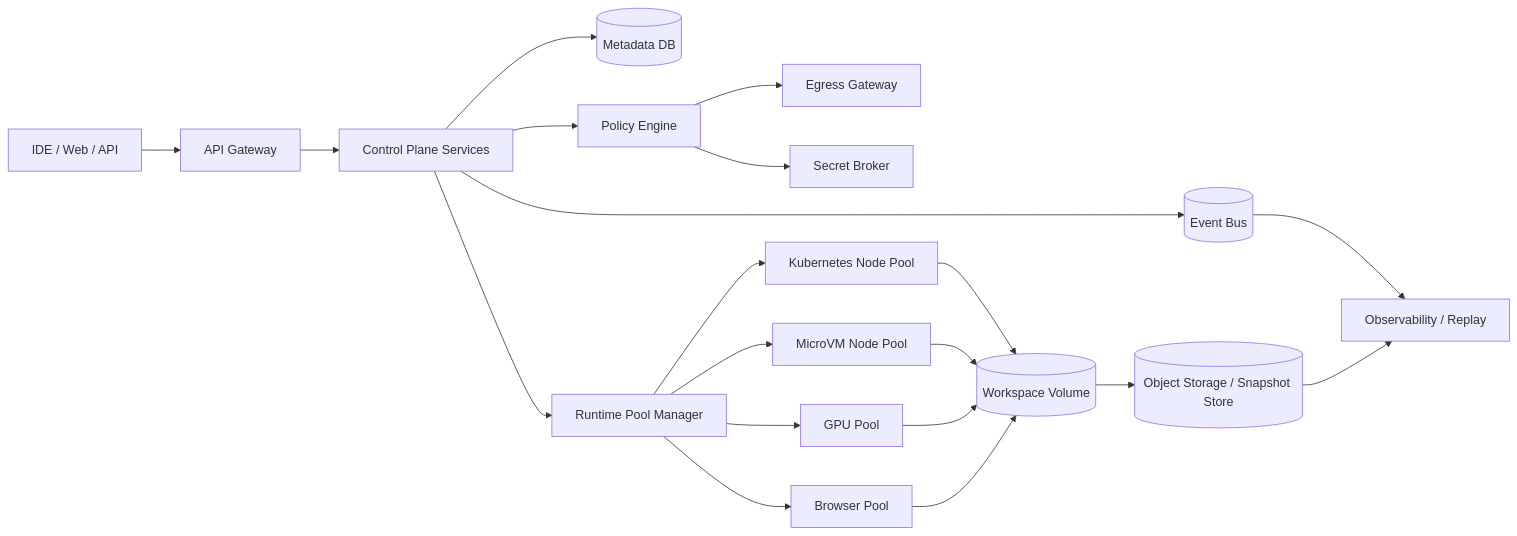
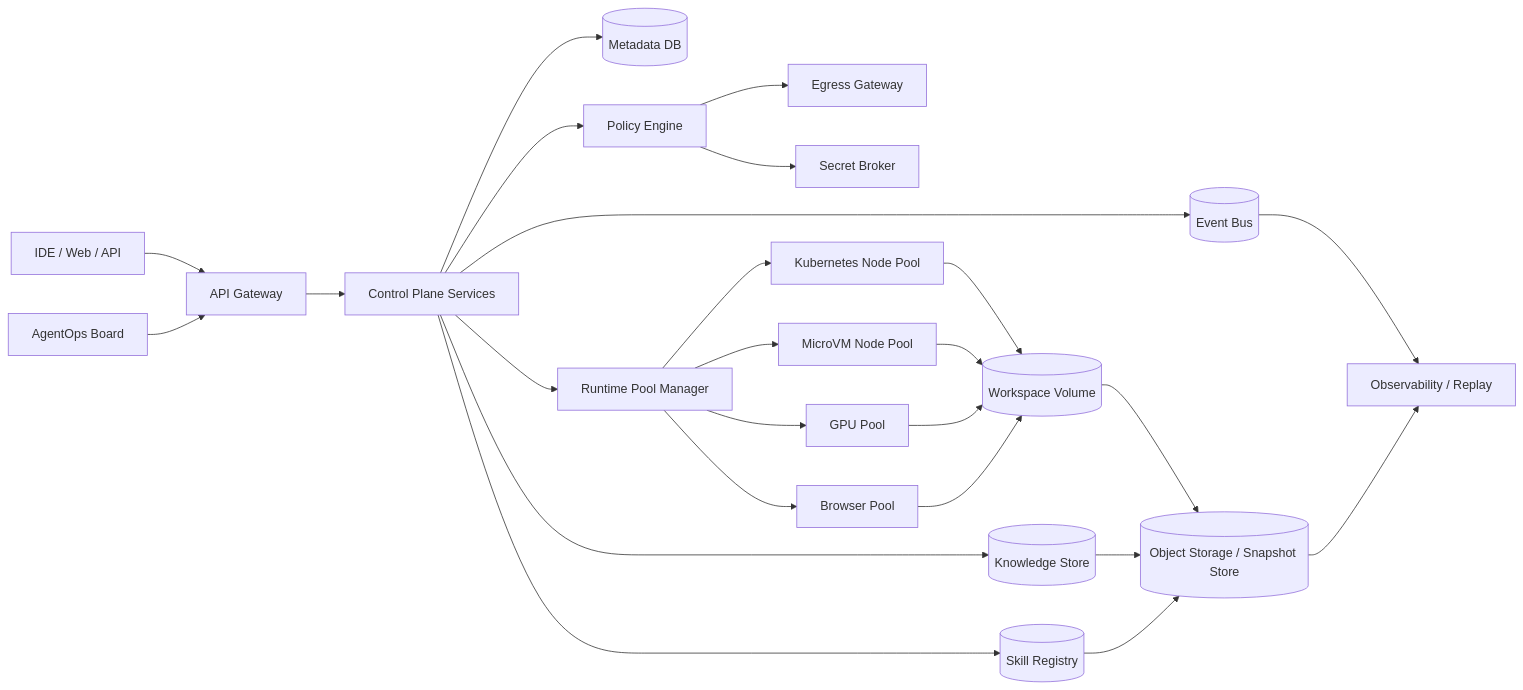
Before and after one commit to wangxumarshall/claude-books: the third of 3 diagrams in AgentRuntimeFibric/AgentRuntimeFabric-Solution.md, drawn with Mermaid. The commit also changed other lines of this file, not shown here.

Commit message:
Expand AgentRuntimeFabric architecture

````diff
--- a/AgentRuntimeFibric/AgentRuntimeFabric-Solution.md
+++ b/AgentRuntimeFibric/AgentRuntimeFabric-Solution.md
@@ -498,25 +623,30 @@
 ```mermaid
 flowchart LR
     Client[IDE / Web / API] --> APIGW[API Gateway]
+    Board[AgentOps Board] --> APIGW
     APIGW --> CP[Control Plane Services]
     CP --> MQ[(Event Bus)]
     CP --> DB[(Metadata DB)]
+    CP --> SK[(Skill Registry)]
+    CP --> KB[(Knowledge Store)]
     CP --> PE[Policy Engine]
     PE --> EG[Egress Gateway]
     PE --> SB[Secret Broker]
 
     CP --> RP[Runtime Pool Manager]
     RP --> K8S[Kubernetes Node Pool]
     RP --> FC[MicroVM Node Pool]
     RP --> GPU[GPU Pool]
     RP --> Browser[Browser Pool]
 
     K8S --> WV[(Workspace Volume)]
     FC --> WV
     GPU --> WV
     Browser --> WV
 
     WV --> OSS[(Object Storage / Snapshot Store)]
+    KB --> OSS
+    SK --> OSS
     MQ --> OBS[Observability / Replay]
     OSS --> OBS
 ```
````
